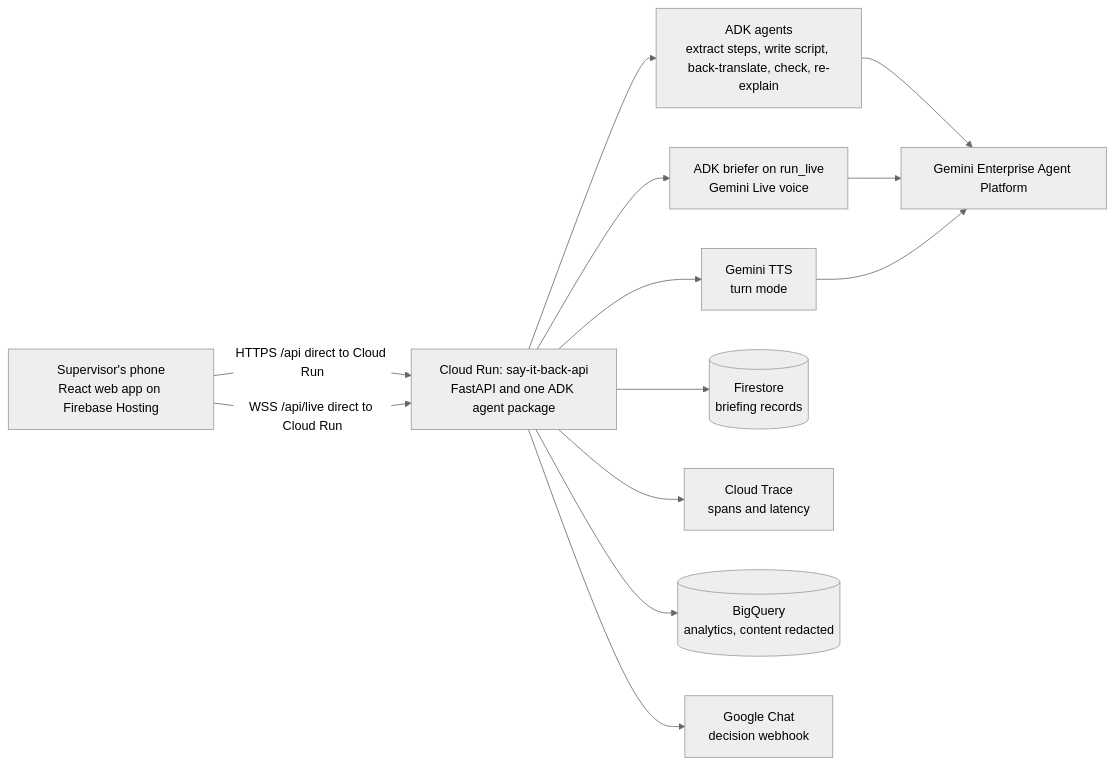
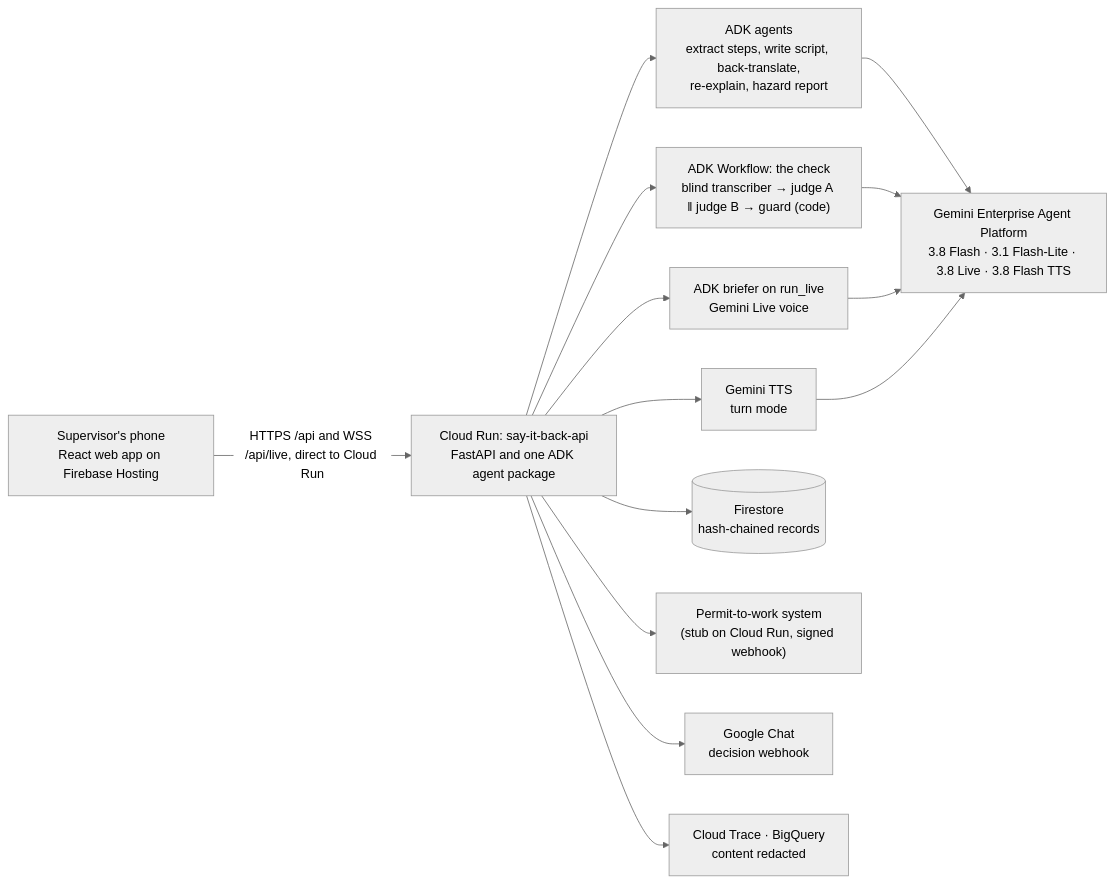
Before and after one commit to Hari-code-clips/say-it-back: the diagram in README.md, drawn with Mermaid (neutral theme). The commit also changed other lines of this file and 17 other files, not shown here.

````diff
--- a/README.md
+++ b/README.md
@@ -18,26 +40,28 @@
 ```mermaid
 flowchart LR
   phone["Supervisor's phone<br/>React web app on Firebase Hosting"]
   api["Cloud Run: say-it-back-api<br/>FastAPI and one ADK agent package"]
-  agents["ADK agents<br/>extract steps, write script, back-translate, check, re-explain"]
+  agents["ADK agents<br/>extract steps, write script, back-translate,<br/>re-explain, hazard report"]
+  check["ADK Workflow: the check<br/>blind transcriber → judge A ‖ judge B → guard (code)"]
   briefer["ADK briefer on run_live<br/>Gemini Live voice"]
   tts["Gemini TTS<br/>turn mode"]
-  platform["Gemini Enterprise Agent Platform"]
-  fs[("Firestore<br/>briefing records")]
-  trace["Cloud Trace<br/>spans and latency"]
-  bq[("BigQuery<br/>analytics, content redacted")]
+  platform["Gemini Enterprise Agent Platform<br/>3.8 Flash · 3.1 Flash-Lite · 3.8 Live · 3.8 Flash TTS"]
+  fs[("Firestore<br/>hash-chained records")]
+  ptw["Permit-to-work system<br/>(stub on Cloud Run, signed webhook)"]
   chat["Google Chat<br/>decision webhook"]
+  obs["Cloud Trace · BigQuery<br/>content redacted"]
 
-  phone -- "HTTPS /api direct to Cloud Run" --> api
-  phone -- "WSS /api/live direct to Cloud Run" --> api
+  phone -- "HTTPS /api and WSS /api/live, direct to Cloud Run" --> api
   api --> agents
+  api --> check
   api --> briefer
   api --> tts
   agents --> platform
+  check --> platform
   briefer --> platform
   tts --> platform
   api --> fs
-  api --> trace
-  api --> bq
+  api --> ptw
   api --> chat
+  api --> obs
 ```
````
